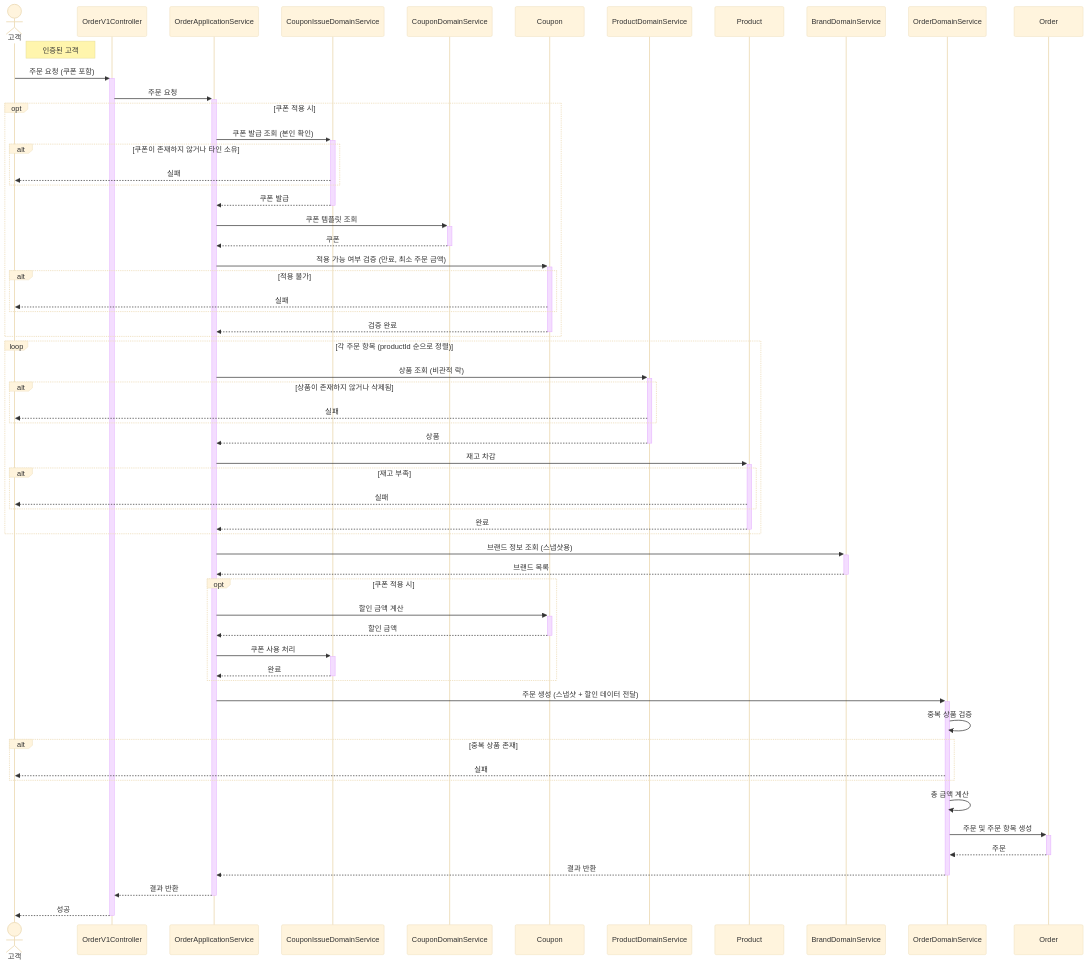
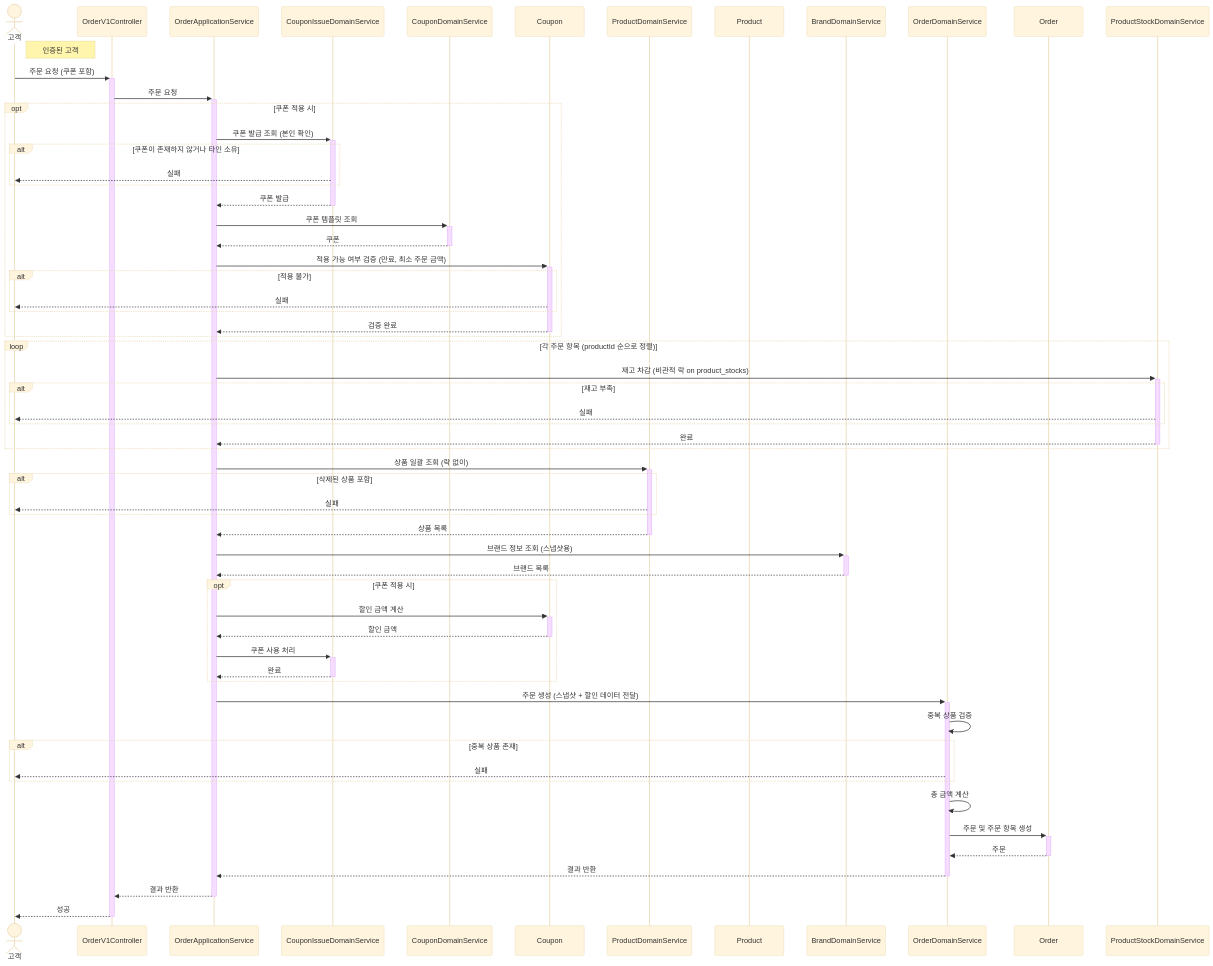
Before and after one commit to Loopers-dev-lab/loop-pack-be-l2-vol3-java: the fourth of 7 diagrams in .docs/02-sequence-diagrams.md, drawn with Mermaid (base theme). The commit also changed other lines of this file and 3 other files, not shown here.

````diff
--- a/.docs/02-sequence-diagrams.md
+++ b/.docs/02-sequence-diagrams.md
@@ -160,72 +158,73 @@
 ```mermaid
 sequenceDiagram
     actor 고객
     participant OrderV1Controller
     participant OrderApplicationService
     participant CouponIssueDomainService
     participant CouponDomainService
     participant Coupon
     participant ProductDomainService
     participant Product
     participant BrandDomainService
     participant OrderDomainService
     participant Order
 
     Note right of 고객: 인증된 고객
 
     고객->>+OrderV1Controller: 주문 요청 (쿠폰 포함)
     OrderV1Controller->>+OrderApplicationService: 주문 요청
 
     opt 쿠폰 적용 시
         OrderApplicationService->>+CouponIssueDomainService: 쿠폰 발급 조회 (본인 확인)
         alt 쿠폰이 존재하지 않거나 타인 소유
             CouponIssueDomainService-->>고객: 실패
         end
         CouponIssueDomainService-->>-OrderApplicationService: 쿠폰 발급
 
         OrderApplicationService->>+CouponDomainService: 쿠폰 템플릿 조회
         CouponDomainService-->>-OrderApplicationService: 쿠폰
 
         OrderApplicationService->>+Coupon: 적용 가능 여부 검증 (만료, 최소 주문 금액)
         alt 적용 불가
             Coupon-->>고객: 실패
         end
         Coupon-->>-OrderApplicationService: 검증 완료
     end
 
     loop 각 주문 항목 (productId 순으로 정렬)
-        OrderApplicationService->>+ProductDomainService: 상품 조회 (비관적 락)
-        alt 상품이 존재하지 않거나 삭제됨
-            ProductDomainService-->>고객: 실패
+        OrderApplicationService->>+ProductStockDomainService: 재고 차감 (비관적 락 on product_stocks)
+        alt 재고 부족
+            ProductStockDomainService-->>고객: 실패
         end
-        ProductDomainService-->>-OrderApplicationService: 상품
-        OrderApplicationService->>+Product: 재고 차감
-        alt 재고 부족
-            Product-->>고객: 실패
-        end
-        Product-->>-OrderApplicationService: 완료
+        ProductStockDomainService-->>-OrderApplicationService: 완료
     end
+
+    OrderApplicationService->>+ProductDomainService: 상품 일괄 조회 (락 없이)
+    alt 삭제된 상품 포함
+        ProductDomainService-->>고객: 실패
+    end
+    ProductDomainService-->>-OrderApplicationService: 상품 목록
 
     OrderApplicationService->>+BrandDomainService: 브랜드 정보 조회 (스냅샷용)
     BrandDomainService-->>-OrderApplicationService: 브랜드 목록
 
     opt 쿠폰 적용 시
         OrderApplicationService->>+Coupon: 할인 금액 계산
         Coupon-->>-OrderApplicationService: 할인 금액
         OrderApplicationService->>+CouponIssueDomainService: 쿠폰 사용 처리
         CouponIssueDomainService-->>-OrderApplicationService: 완료
     end
 
     OrderApplicationService->>+OrderDomainService: 주문 생성 (스냅샷 + 할인 데이터 전달)
     OrderDomainService->>OrderDomainService: 중복 상품 검증
     alt 중복 상품 존재
         OrderDomainService-->>고객: 실패
     end
     OrderDomainService->>OrderDomainService: 총 금액 계산
     OrderDomainService->>+Order: 주문 및 주문 항목 생성
     Order-->>-OrderDomainService: 주문
 
     OrderDomainService-->>-OrderApplicationService: 결과 반환
     OrderApplicationService-->>-OrderV1Controller: 결과 반환
     OrderV1Controller-->>-고객: 성공
 ```
````
